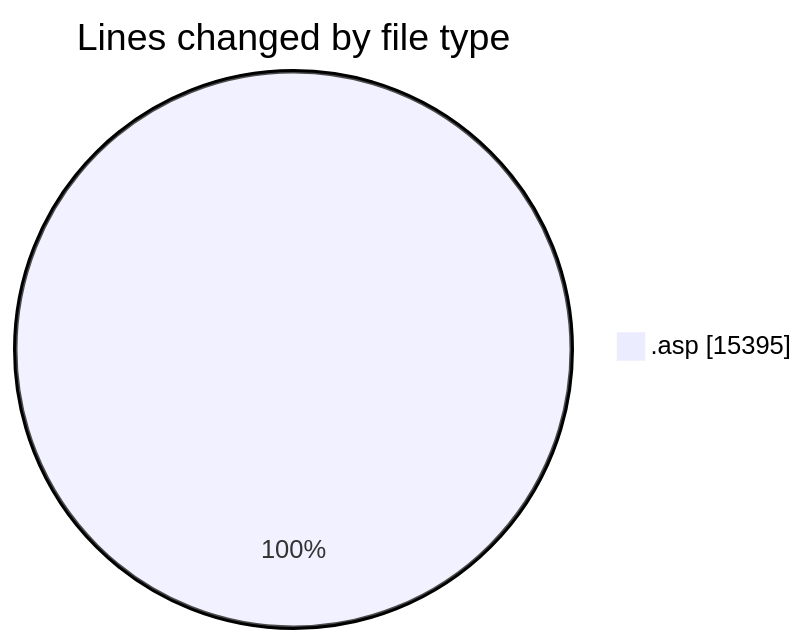
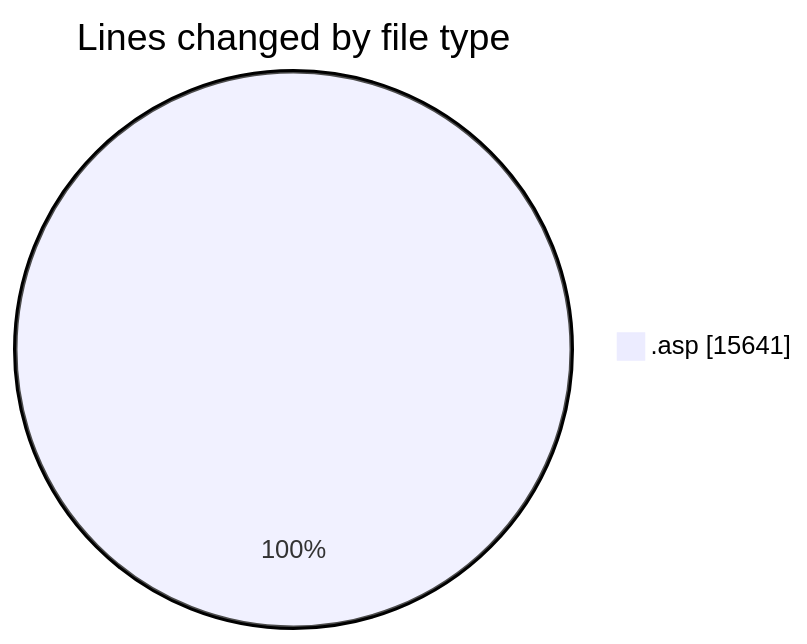
The first of 2 diagrams in 2025-11-14/cdp_aleoudev_fr__workspace_/README.md (julien-gomy/code-tracking), drawn with Mermaid before and after one commit. The commit also changed other lines of this file and 1 other file, not shown here.

````diff
--- a/2025-11-14/cdp_aleoudev_fr__workspace_/README.md
+++ b/2025-11-14/cdp_aleoudev_fr__workspace_/README.md
@@ -29,5 +31,5 @@
 ```mermaid
 pie showData
 title Lines changed by file type
-".asp" : 15395
+".asp" : 15641
 ```
````
